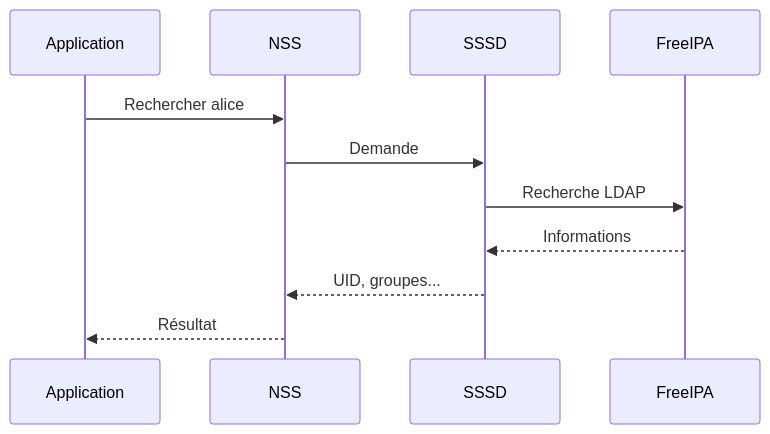
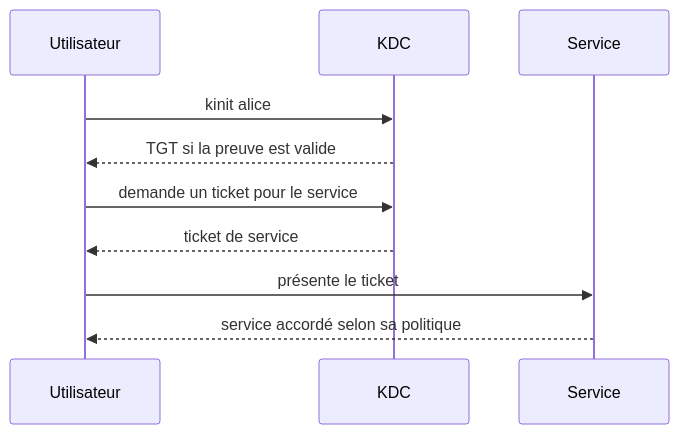
One commit to tdelaclos/formations changed the second of 4 diagrams in sentinel/docs/campagne_08/8.2-architecture-interne-freeipa.md. Above: the diagram before and after it, drawn with Mermaid. The commit also changed other lines of this file and 10 other files, not shown here.

Commit message:
Refondre la campagne 8 FreeIPA

````diff
--- a/sentinel/docs/campagne_08/8.2-architecture-interne-freeipa.md
+++ b/sentinel/docs/campagne_08/8.2-architecture-interne-freeipa.md
@@ -381,23 +82,12 @@
 ```mermaid
 sequenceDiagram
-
-    participant APP as Application
-
-    participant NSS as NSS
-
-    participant SSSD
-
-    participant IPA as FreeIPA
-
-    APP->>NSS: Rechercher alice
-
-    NSS->>SSSD: Demande
-
-    SSSD->>IPA: Recherche LDAP
-
-    IPA-->>SSSD: Informations
-
-    SSSD-->>NSS: UID, groupes...
-
-    NSS-->>APP: Résultat
+    participant U as Utilisateur
+    participant K as KDC
+    participant S as Service
+    U->>K: kinit alice
+    K-->>U: TGT si la preuve est valide
+    U->>K: demande un ticket pour le service
+    K-->>U: ticket de service
+    U->>S: présente le ticket
+    S-->>U: service accordé selon sa politique
 ```
````
